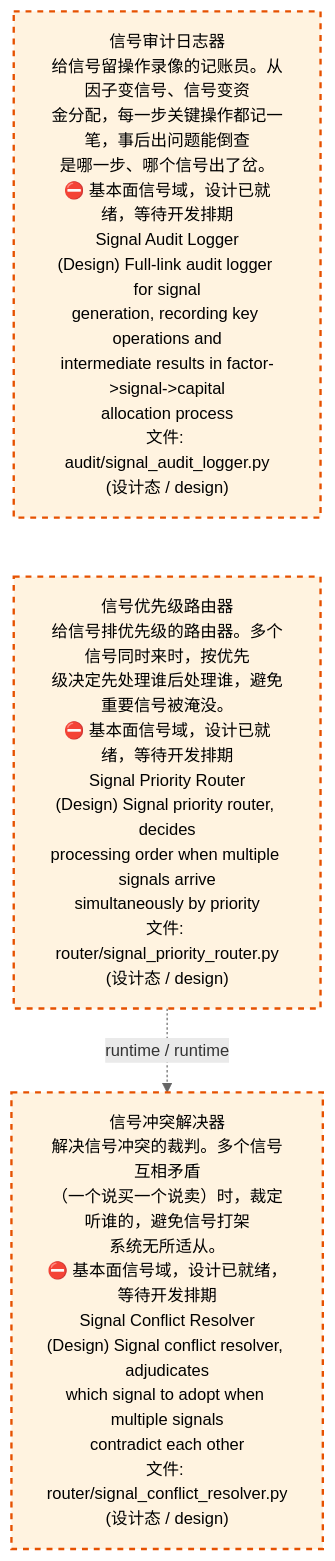
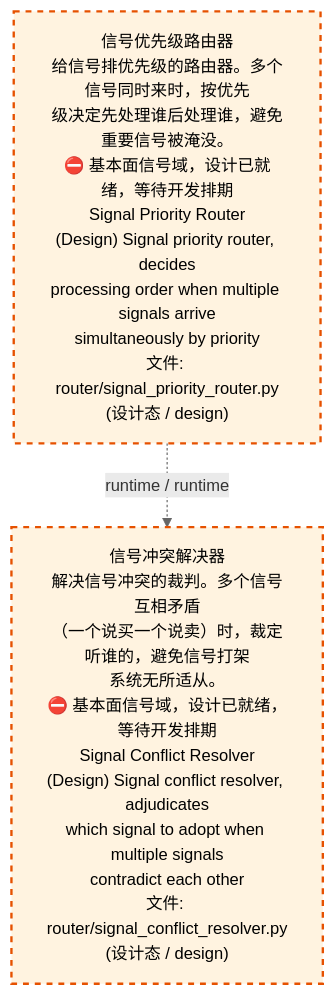
One commit to xuanFelixVan/ZephyrAlpha changed the third of 4 diagrams in docs/02_enterprise_architecture/02_domain_architecture_docs/48_d_fundamental_signal.md. Above: the diagram before and after it, drawn with Mermaid. The commit also changed other lines of this file and 46 other files, not shown here.

````diff
--- a/docs/02_enterprise_architecture/02_domain_architecture_docs/48_d_fundamental_signal.md
+++ b/docs/02_enterprise_architecture/02_domain_architecture_docs/48_d_fundamental_signal.md
@@ -160,14 +162,12 @@
 ```mermaid
 %%{init: {'theme': 'base', 'themeVariables': {'primaryColor': '#eaeaea', 'primaryTextColor': '#333333', 'primaryBorderColor': '#666666', 'lineColor': '#666666', 'secondaryColor': '#eaeaea', 'tertiaryColor': '#eaeaea', 'fontSize': '14px'}}}%%
 flowchart TD
-    src_zephyr_signal_fundamental_audit_signal_audit_logger_py["信号审计日志器<br/>给信号留操作录像的记账员。从因子变信号、信号变资<br/>金分配，每一步关键操作都记一笔，事后出问题能倒查<br/>是哪一步、哪个信号出了岔。<br/>⛔ 基本面信号域，设计已就绪，等待开发排期<br/>Signal Audit Logger<br/>(Design) Full-link audit logger for signal<br/>generation, recording key operations and<br/>intermediate results in factor->signal->capital<br/>allocation process<br/>文件: audit/signal_audit_logger.py<br/>(设计态 / design)"]
     src_zephyr_signal_fundamental_router_signal_priority_router_py["信号优先级路由器<br/>给信号排优先级的路由器。多个信号同时来时，按优先<br/>级决定先处理谁后处理谁，避免重要信号被淹没。<br/>⛔ 基本面信号域，设计已就绪，等待开发排期<br/>Signal Priority Router<br/>(Design) Signal priority router, decides<br/>processing order when multiple signals arrive<br/>simultaneously by priority<br/>文件: router/signal_priority_router.py<br/>(设计态 / design)"]
-    src_zephyr_signal_fundamental_audit_signal_audit_logger_py ~~~ src_zephyr_signal_fundamental_router_signal_priority_router_py
     src_zephyr_signal_fundamental_router_signal_conflict_resolver_py["信号冲突解决器<br/>解决信号冲突的裁判。多个信号互相矛盾<br/>（一个说买一个说卖）时，裁定听谁的，避免信号打架<br/>系统无所适从。<br/>⛔ 基本面信号域，设计已就绪，等待开发排期<br/>Signal Conflict Resolver<br/>(Design) Signal conflict resolver, adjudicates<br/>which signal to adopt when multiple signals<br/>contradict each other<br/>文件: router/signal_conflict_resolver.py<br/>(设计态 / design)"]
     src_zephyr_signal_fundamental_router_signal_priority_router_py -.->|runtime / runtime| src_zephyr_signal_fundamental_router_signal_conflict_resolver_py
     classDef production fill:#e1f5fe,stroke:#01579b,stroke-width:2px,color:#000
     classDef design fill:#fff3e0,stroke:#e65100,stroke-width:2px,color:#000,stroke-dasharray: 5 5
     classDef external_prod fill:#e8f4fd,stroke:#0277bd,stroke-width:1px,color:#000
     classDef external_design fill:#fff8e7,stroke:#ef6c00,stroke-width:1px,color:#000,stroke-dasharray: 5 5
-    class src_zephyr_signal_fundamental_audit_signal_audit_logger_py,src_zephyr_signal_fundamental_router_signal_conflict_resolver_py,src_zephyr_signal_fundamental_router_signal_priority_router_py design
+    class src_zephyr_signal_fundamental_router_signal_conflict_resolver_py,src_zephyr_signal_fundamental_router_signal_priority_router_py design
 ```
````
